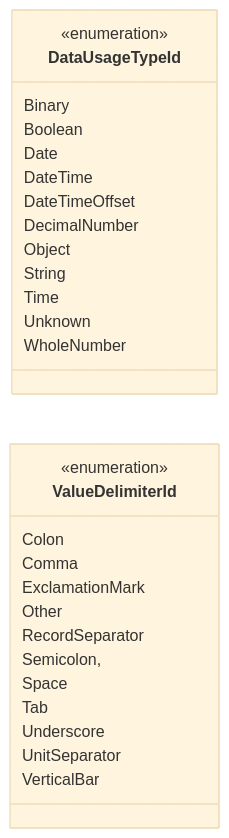
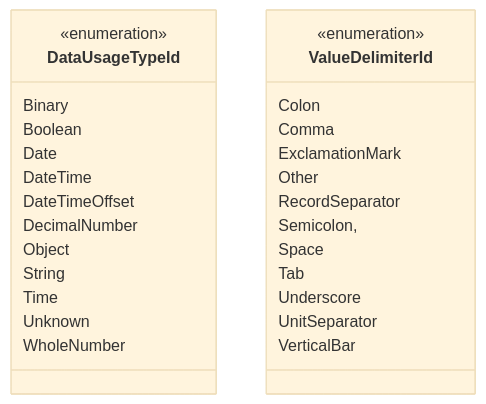
Before and after one commit to data-positioning/datapos-shared: the sixth of 6 diagrams in README.md, drawn with Mermaid (base theme). The commit also changed other lines of this file and 1 other file, not shown here.

````diff
--- a/README.md
+++ b/README.md
@@ -260,34 +251,34 @@
 ```mermaid
 classDiagram
-    direction RL
+    direction TB
 
     class DataUsageTypeId {
         <<enumeration>>
         Binary
         Boolean
         Date
         DateTime
         DateTimeOffset
         DecimalNumber
         Object
         String
         Time
         Unknown
         WholeNumber
     }
 
     class ValueDelimiterId {
         <<enumeration>>
         Colon
         Comma
         ExclamationMark
         Other
         RecordSeparator
         Semicolon,
         Space
         Tab
         Underscore
         UnitSeparator
         VerticalBar
     }
 ```
````
